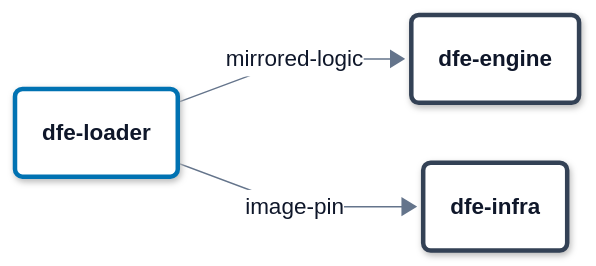
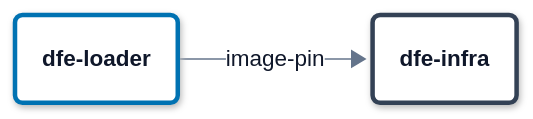
One commit to hyperi-io/dfe-infra changed diagram 13 of 19 in docs/suite-graph.md. Above: the diagram before and after it, drawn with Mermaid. The commit also changed other lines of this file and 20 other files, not shown here.

````diff
--- a/docs/suite-graph.md
+++ b/docs/suite-graph.md
@@ -1146,76 +1146,74 @@
 ```mermaid
 ---
 config:
   theme: base
   look: neo
   fontFamily: Inter, -apple-system, Segoe UI, Roboto, Helvetica, Arial, sans-serif
   flowchart:
     curve: linear
     nodeSpacing: 40
     rankSpacing: 64
     padding: 18
     wrappingWidth: 280
     htmlLabels: true
   elk:
     preset: modelOrder
   themeVariables:
     fontSize: 15px
     lineColor: "#64748B"
     primaryTextColor: "#0F172A"
     nodeBorder: "#334155"
     clusterBorder: "#0072B2"
     edgeLabelBackground: "#FFFFFF"
   themeCSS: >-
     p{margin:0}
     .node[data-look] rect,.node[data-look] path,.node[data-look] polygon,.node[data-look] .outer-path{filter:drop-shadow(0 1px 2px rgba(15,23,42,.10)) drop-shadow(0 6px 14px rgba(15,23,42,.10))}
     .node rect{rx:10px;ry:10px}
     .cluster rect{rx:16px;ry:16px}
     .node .label div{min-width:150px}
     .node.decision .label div{min-width:0}
     .cluster[data-look] rect{filter:none}
     .nodeLabel{line-height:1.35}
     .nodeLabel b{font-weight:600;font-size:15px;letter-spacing:-0.01em}
     .nodeLabel span{font-size:12.5px;font-weight:400;color:#334155}
     .cluster-label span.nodeLabel{display:inline-block;background:#FFFFFF;color:#0B2A3F;border:1.5px solid #0072B2;border-radius:999px;padding:2px 12px;font-size:11.5px;font-weight:700;letter-spacing:.09em;text-transform:uppercase}
     .flowchart-link{stroke-width:1.75px}
     .labelBkg{background:transparent!important}
     span.edgeLabel{display:inline-block;background:#FFFFFF!important;color:#1E293B;border:1px solid #94A3B8;border-radius:999px;padding:2px 10px;font-size:12px;font-weight:500}
     span.edgeLabel p{background:transparent!important}
     .label-icon{width:20px;height:20px;vertical-align:-4px;margin-right:6px}
     .icon-shape path[stroke-width="0"][fill="none"]{fill:#FFFFFF;stroke:#FFFFFF;stroke-width:12px;stroke-linejoin:round}
     .icon-shape p{background:transparent!important;color:#0F172A}
     .ingest .label-icon{color:#0E8A7D}
     .xform .label-icon{color:#7B4FB0}
     .load .label-icon{color:#0072B2}
     .bus .label-icon{color:#A8517F}
     .store .label-icon{color:#00785A}
     .ui .label-icon{color:#D9480F}
     .ext .label-icon{color:#64748B}
 ---
 flowchart LR
     accTitle: L4 Detail -- dfe-loader build cycle
-    accDescr: A dfe-loader release puts 2 consumers in motion. dfe-engine takes mirrored-logic. dfe-infra takes image-pin.
+    accDescr: A dfe-loader release puts 1 consumer in motion. dfe-infra takes image-pin.
 
     dfe_loader("<b>dfe-loader</b>")
-    dfe_engine("<b>dfe-engine</b>")
     dfe_infra("<b>dfe-infra</b>")
 
-    dfe_loader -->|mirrored-logic| dfe_engine
     dfe_loader -->|image-pin| dfe_infra
 
-    class dfe_engine,dfe_infra control
+    class dfe_infra control
     class dfe_loader load
     %% merrow:begin
     classDef ingest fill:#FFFFFF,stroke:#0E8A7D,stroke-width:3px,color:#0F172A
     classDef xform fill:#FFFFFF,stroke:#7B4FB0,stroke-width:3px,color:#0F172A
     classDef load fill:#FFFFFF,stroke:#0072B2,stroke-width:3px,color:#0F172A
     classDef bus fill:#FFFFFF,stroke:#A8517F,stroke-width:3px,color:#0F172A
     classDef store fill:#FFFFFF,stroke:#00785A,stroke-width:3px,color:#0F172A
     classDef ui fill:#FFFFFF,stroke:#D9480F,stroke-width:3px,color:#0F172A
     classDef ext fill:#F4F6F8,stroke:#94A3B8,stroke-width:1.5px,stroke-dasharray:5 4,color:#0F172A
     classDef decision fill:#FFFFFF,stroke:#9A6700,stroke-width:3px,color:#0F172A
     classDef error fill:#FFFFFF,stroke:#C2410C,stroke-width:3px,color:#0F172A
     classDef control fill:#FFFFFF,stroke:#334155,stroke-width:3px,color:#0F172A
     classDef part fill:#FFFFFF,stroke:#94A3B8,stroke-width:1.5px,color:#0F172A
     %% merrow:end
 ```
````
